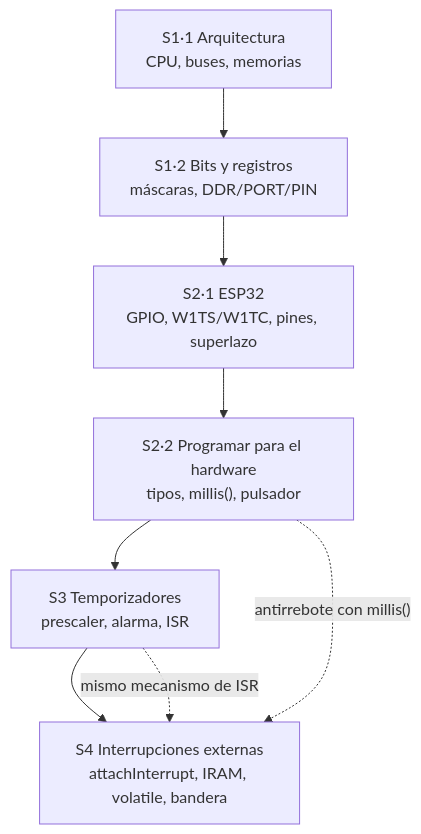
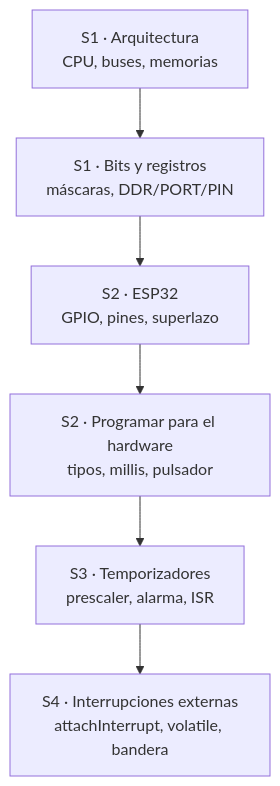
The first of 6 diagrams in unidad-1/apuntes/repaso-prueba.md (AlejandroTatum/sistemas-digitales-unl), drawn with Mermaid before and after one commit. The commit also changed other lines of this file and 16 other files, not shown here.

````diff
--- a/unidad-1/apuntes/repaso-prueba.md
+++ b/unidad-1/apuntes/repaso-prueba.md
@@ -7,10 +7,8 @@
 ```mermaid
 flowchart TD
-    S1A["S1·1 Arquitectura<br/>CPU, buses, memorias"] --> S1B["S1·2 Bits y registros<br/>máscaras, DDR/PORT/PIN"]
-    S1B --> S2A["S2·1 ESP32<br/>GPIO, W1TS/W1TC, pines, superlazo"]
-    S2A --> S2B["S2·2 Programar para el hardware<br/>tipos, millis(), pulsador"]
-    S2B --> S3["S3 Temporizadores<br/>prescaler, alarma, ISR"]
-    S3 --> S4["S4 Interrupciones externas<br/>attachInterrupt, IRAM, volatile, bandera"]
-    S2B -.->|"antirrebote con millis()"| S4
-    S3 -.->|"mismo mecanismo de ISR"| S4
+    S1A["S1 · Arquitectura<br/>CPU, buses, memorias"] --> S1B["S1 · Bits y registros<br/>máscaras, DDR/PORT/PIN"]
+    S1B --> S2A["S2 · ESP32<br/>GPIO, pines, superlazo"]
+    S2A --> S2B["S2 · Programar para el hardware<br/>tipos, millis, pulsador"]
+    S2B --> S3["S3 · Temporizadores<br/>prescaler, alarma, ISR"]
+    S3 --> S4["S4 · Interrupciones externas<br/>attachInterrupt, volatile, bandera"]
 ```
````
